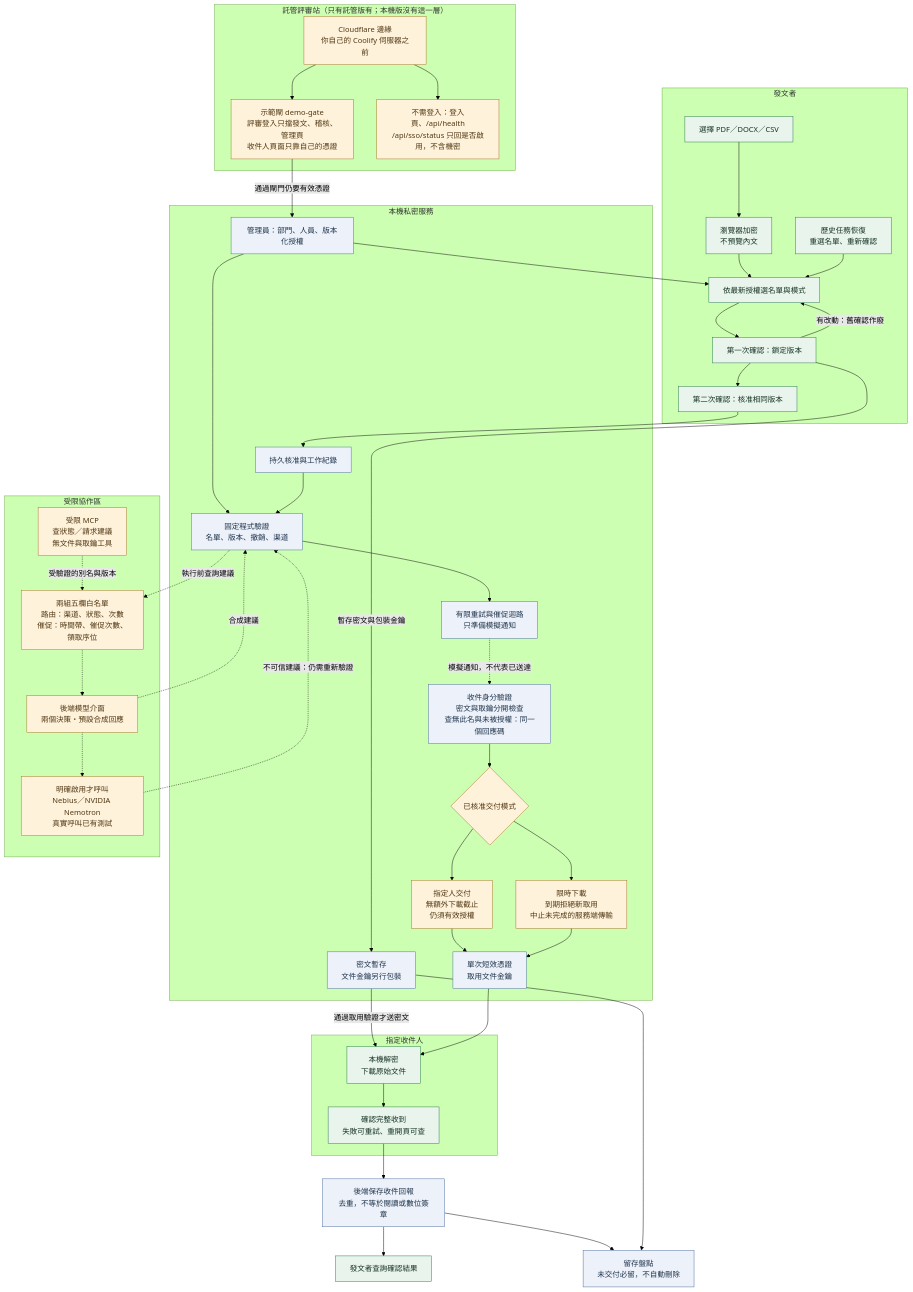
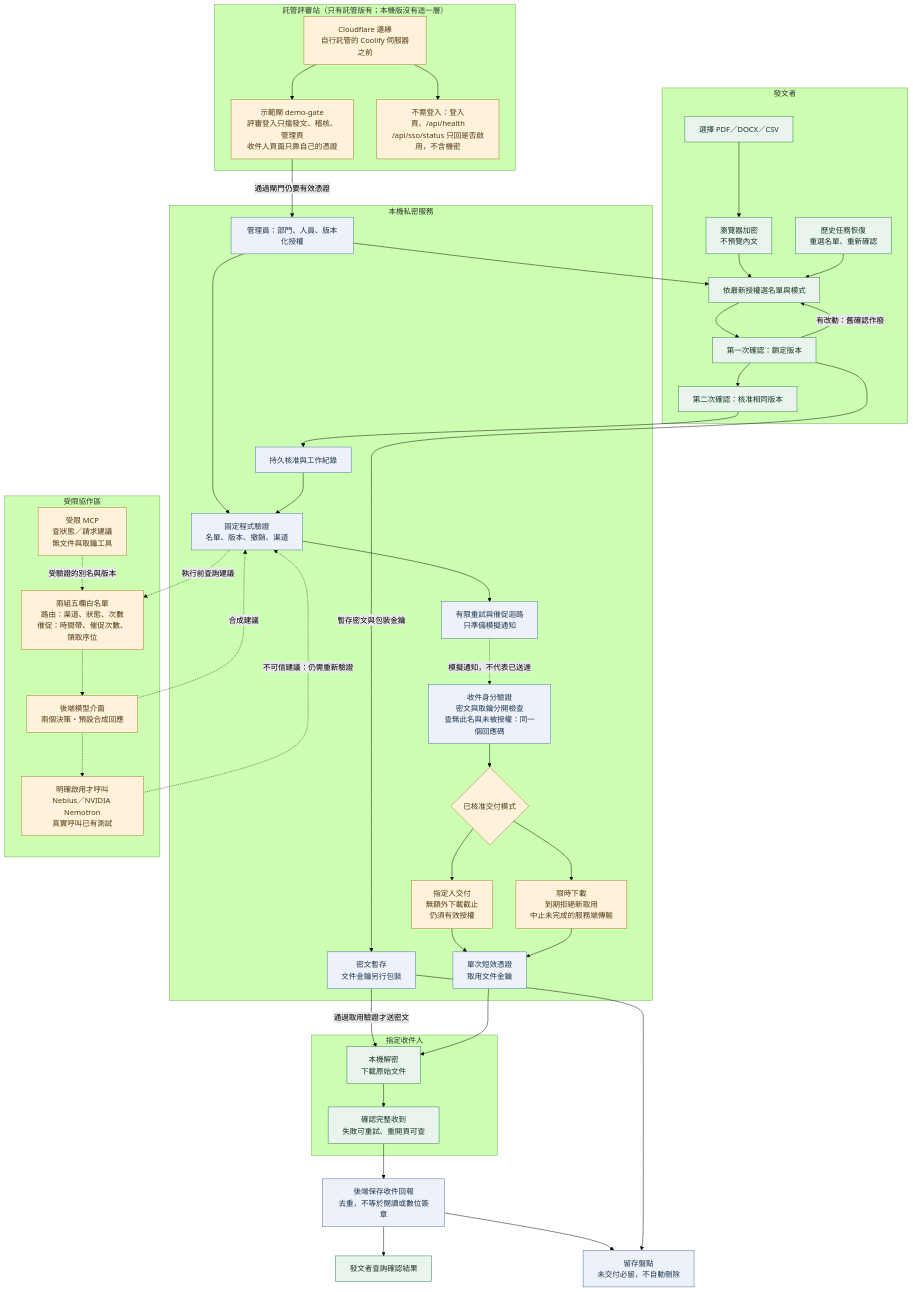
Before and after one commit to jiarong0423/zero-trust-edge-enclave: the first of 2 diagrams in docs/agent/approved-delivery-architecture.md, drawn with Mermaid (forest theme). The commit also changed 3 other files, not shown here.

````diff
--- a/docs/agent/approved-delivery-architecture.md
+++ b/docs/agent/approved-delivery-architecture.md
@@ -9,72 +9,72 @@
 ```mermaid
 flowchart TB
   subgraph Hosted["託管評審站（只有託管版有；本機版沒有這一層）"]
-    Edge["Cloudflare 邊緣<br/>你自己的 Coolify 伺服器之前"]
+    Edge["Cloudflare 邊緣<br/>自行託管的 Coolify 伺服器之前"]
     DemoGate["示範閘 demo-gate<br/>評審登入只擋發文、稽核、管理頁<br/>收件人頁面只靠自己的憑證"]
     OpenPaths["不需登入：登入頁、/api/health<br/>/api/sso/status 只回是否啟用，不含機密"]
     Edge --> DemoGate
     Edge --> OpenPaths
   end
   DemoGate -->|"通過閘門仍要有效憑證"| Registry
   subgraph Human["發文者"]
     File["選擇 PDF／DOCX／CSV"]
     Seal["瀏覽器加密<br/>不預覽內文"]
     List["依最新授權選名單與模式"]
     First["第一次確認：鎖定版本"]
     Second["第二次確認：核准相同版本"]
     File --> Seal --> List --> First --> Second
     First -->|"有改動：舊確認作廢"| List
     History["歷史任務恢復<br/>重選名單、重新確認"] --> List
   end
   subgraph Local["本機私密服務"]
     Registry["管理員：部門、人員、版本化授權"]
     Store["密文暫存<br/>文件金鑰另行包裝"]
     Commit["持久核准與工作紀錄"]
     Gate["固定程式驗證<br/>名單、版本、撤銷、渠道"]
     Worker["有限重試與催促迴路<br/>只準備模擬通知"]
     Access["收件身分驗證<br/>密文與取鑰分開檢查<br/>查無此名與未被授權：同一個回應碼"]
     Mode{"已核准交付模式"}
     Required["指定人交付<br/>無額外下載截止<br/>仍須有效授權"]
     Timed["限時下載<br/>到期拒絕新取用<br/>中止未完成的服務端傳輸"]
     Key["單次短效憑證<br/>取用文件金鑰"]
     Registry --> Gate
     Commit --> Gate --> Worker
     Access --> Mode
     Mode --> Required --> Key
     Mode --> Timed --> Key
   end
   subgraph AI["受限協作區"]
     Codes["兩組五欄白名單<br/>路由：渠道、狀態、次數<br/>催促：時間帶、催促次數、領取序位"]
     Adviser["後端模型介面<br/>兩個決策・預設合成回應"]
     Cloud["明確啟用才呼叫<br/>Nebius／NVIDIA Nemotron<br/>真實呼叫已有測試"]
     MCP["受限 MCP<br/>查狀態／請求建議<br/>無文件與取鑰工具"]
     Codes -.-> Adviser
     Adviser -.-> Cloud
     MCP -. "受驗證的別名與版本" .-> Codes
   end
   subgraph Recipient["指定收件人"]
     Download["本機解密<br/>下載原始文件"]
     Receipt["確認完整收到<br/>失敗可重試、重開頁可查"]
     Download --> Receipt
   end
   First -->|"暫存密文與包裝金鑰"| Store
   Second --> Commit
   Registry --> List
   Gate -. "執行前查詢建議" .-> Codes
   Adviser -. "合成建議" .-> Gate
   Cloud -. "不可信建議：仍需重新驗證" .-> Gate
   Worker -. "模擬通知，不代表已送達" .-> Access
   Store -->|"通過取用驗證才送密文"| Download
   Key --> Download
   Receipt --> Saved["後端保存收件回報<br/>去重，不等於閱讀或數位簽章"]
   Saved --> SenderStatus["發文者查詢確認結果"]
   Saved --> Retention["留存盤點<br/>未交付必留，不自動刪除"]
   Store --> Retention
   classDef person fill:#e9f4ed,stroke:#28794a,color:#183524
   classDef secure fill:#edf2fa,stroke:#4b6d9e,color:#20354d
   classDef limit fill:#fff2db,stroke:#a77327,color:#503814
   class File,Seal,List,First,Second,History,Download,Receipt,SenderStatus person
   class Edge,DemoGate,OpenPaths limit
   class Registry,Store,Commit,Gate,Worker,Access,Key,Saved,Retention secure
   class Mode,Required,Timed,Codes,Adviser,Cloud,MCP limit
 ```
````
